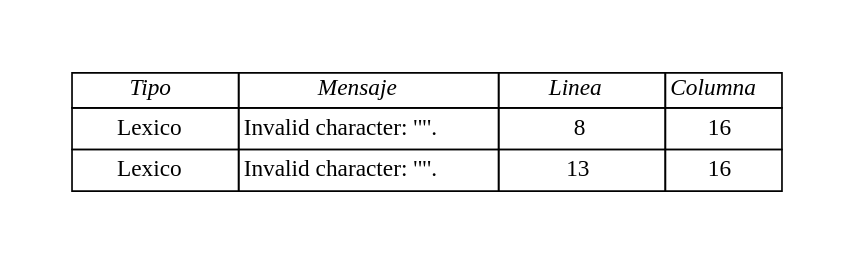
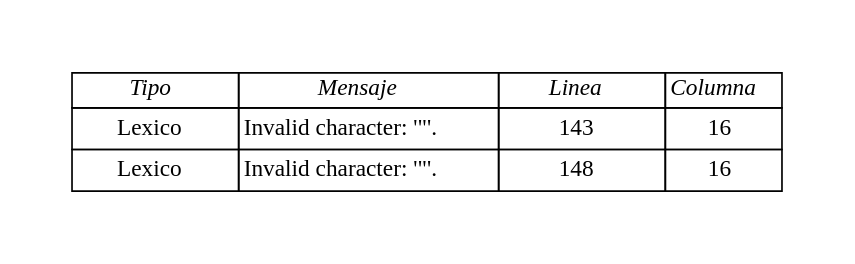
One commit to elJuanjoRamos/-OLC2-Compi-Pascal- changed the diagram in bin/Debug/netcoreapp3.1/error_lexico_.dot. Above: the diagram before and after it, drawn with Graphviz. The commit also changed 24 other files, not shown here.

```diff
--- a/bin/Debug/netcoreapp3.1/error_lexico_.dot
+++ b/bin/Debug/netcoreapp3.1/error_lexico_.dot
@@ -1,22 +1,22 @@
 digraph G{
 graph [pad="0.5", nodesep="0.5", ranksep="2"]
 node[shape = plain]
 rankdir = LR;
 Baz [label=<
 <table border="0" cellborder="1" cellspacing="0"><tr>
 <td width='100'><i>Tipo</i></td>
 <td width='100'><i>Mensaje</i></td>
 <td width='100'><i>Linea</i></td>
 <td><i width='100'>Columna</i></td> </tr>
 <tr>
 <td height='25'>Lexico</td>
 <td height='25'>Invalid character: '"'.</td>
-<td height='25'>8</td>
+<td height='25'>143</td>
 <td height='25'>16</td>
 </tr><tr>
 <td height='25'>Lexico</td>
 <td height='25'>Invalid character: '"'.</td>
-<td height='25'>13</td>
+<td height='25'>148</td>
 <td height='25'>16</td>
 </tr>
 </table>>];}
```
